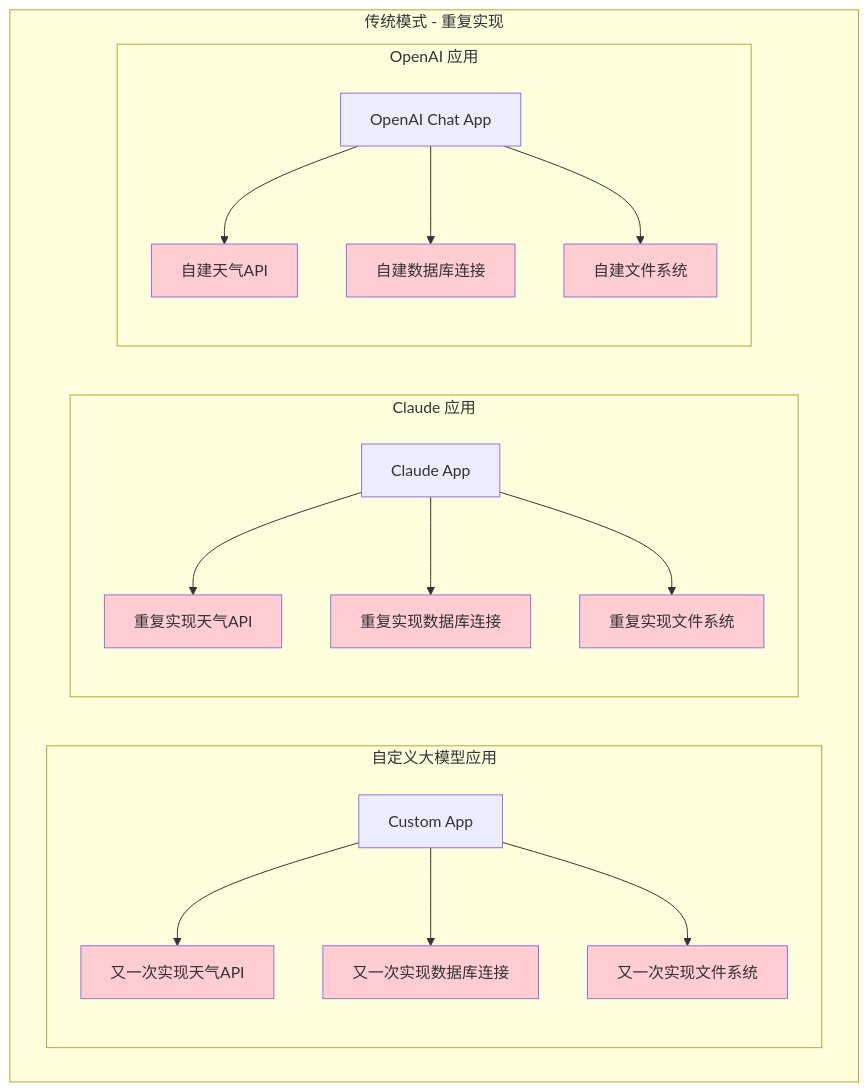
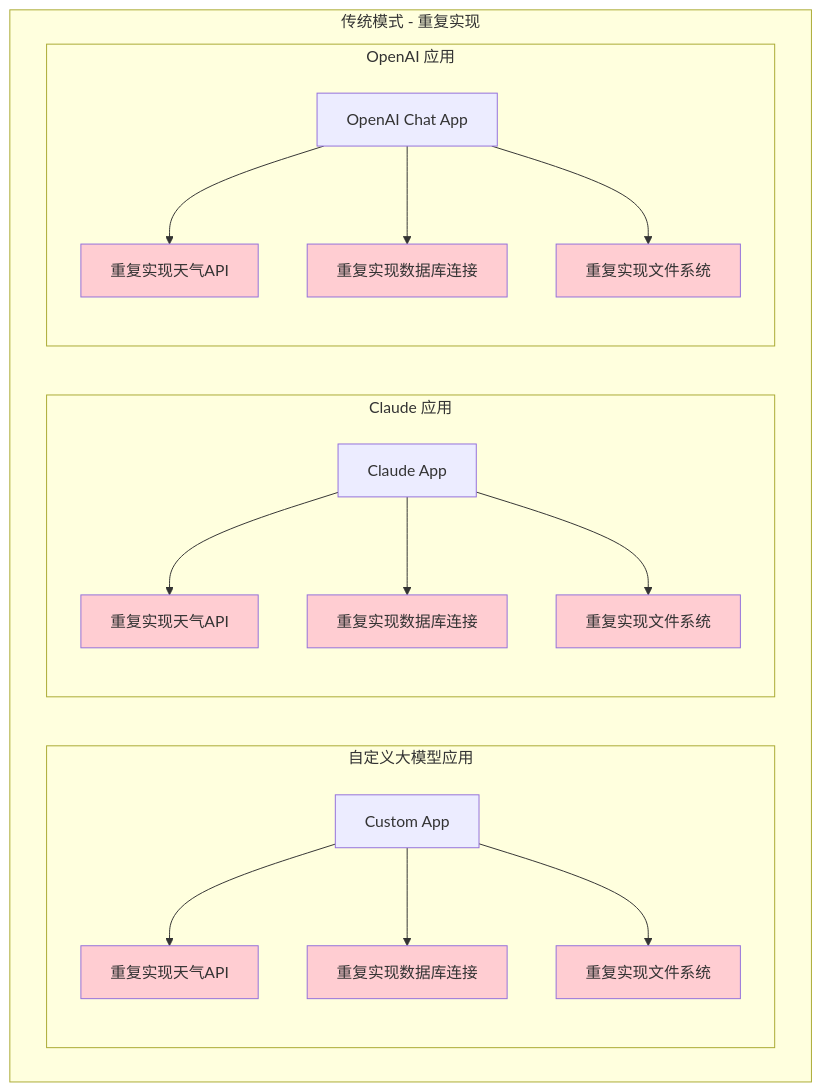
One commit to joy-yu/modelwhale-mcp-test changed the first of 11 diagrams in MCP_技术分享.md. Above: the diagram before and after it, drawn with Mermaid. The commit also changed other lines of this file, not shown here.

````diff
--- a/MCP_技术分享.md
+++ b/MCP_技术分享.md
@@ -25,32 +27,32 @@
 ```mermaid
 graph TD
     subgraph "传统模式 - 重复实现"
         subgraph "自定义大模型应用"
-            C1[Custom App] --> C2[又一次实现天气API]
-            C1 --> C3[又一次实现数据库连接]
-            C1 --> C4[又一次实现文件系统]
+            C1[Custom App] --> C2[重复实现天气API]
+            C1 --> C3[重复实现数据库连接]
+            C1 --> C4[重复实现文件系统]
         end
         
         subgraph "Claude 应用"
             B1[Claude App] --> B2[重复实现天气API]
             B1 --> B3[重复实现数据库连接]
             B1 --> B4[重复实现文件系统]
         end
         
         subgraph "OpenAI 应用"
-            A1[OpenAI Chat App] --> A2[自建天气API]
-            A1 --> A3[自建数据库连接]
-            A1 --> A4[自建文件系统]
+            A1[OpenAI Chat App] --> A2[重复实现天气API]
+            A1 --> A3[重复实现数据库连接]
+            A1 --> A4[重复实现文件系统]
         end
     end
     
     style A2 fill:#ffcdd2
     style A3 fill:#ffcdd2
     style A4 fill:#ffcdd2
     style B2 fill:#ffcdd2
     style B3 fill:#ffcdd2
     style B4 fill:#ffcdd2
     style C2 fill:#ffcdd2
     style C3 fill:#ffcdd2
     style C4 fill:#ffcdd2
 ```
````
